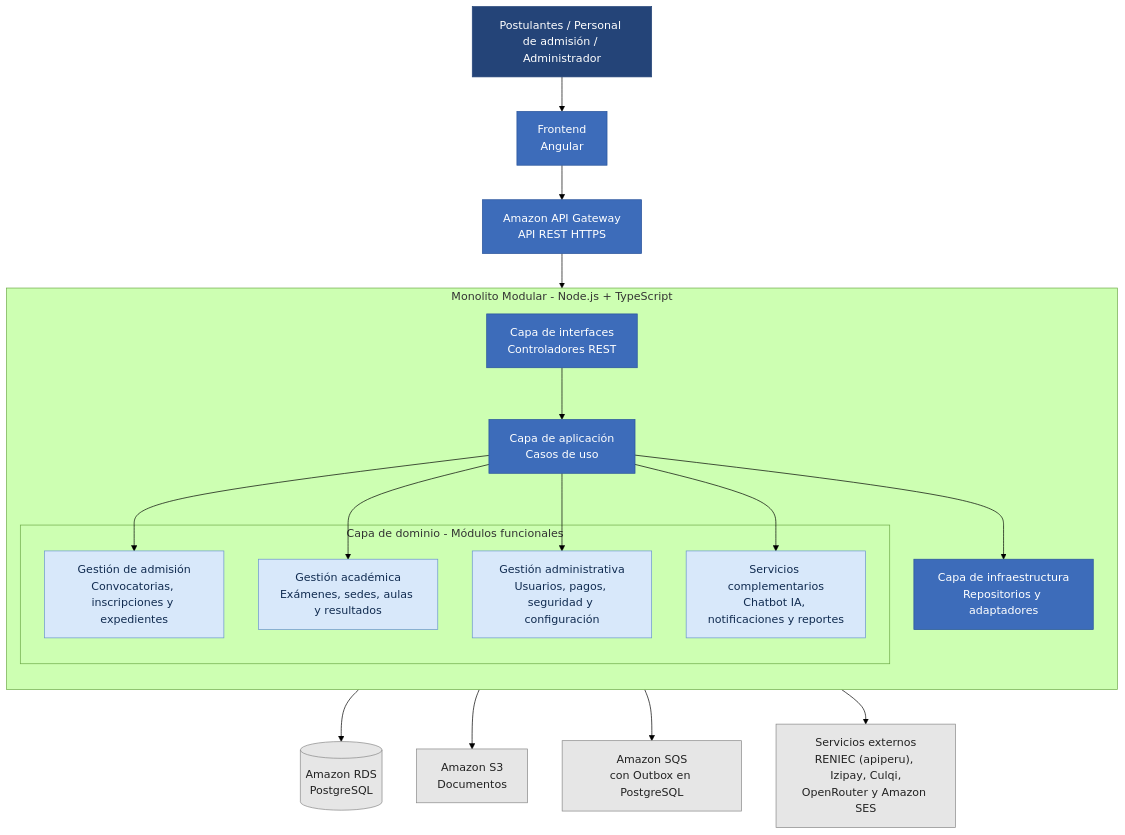
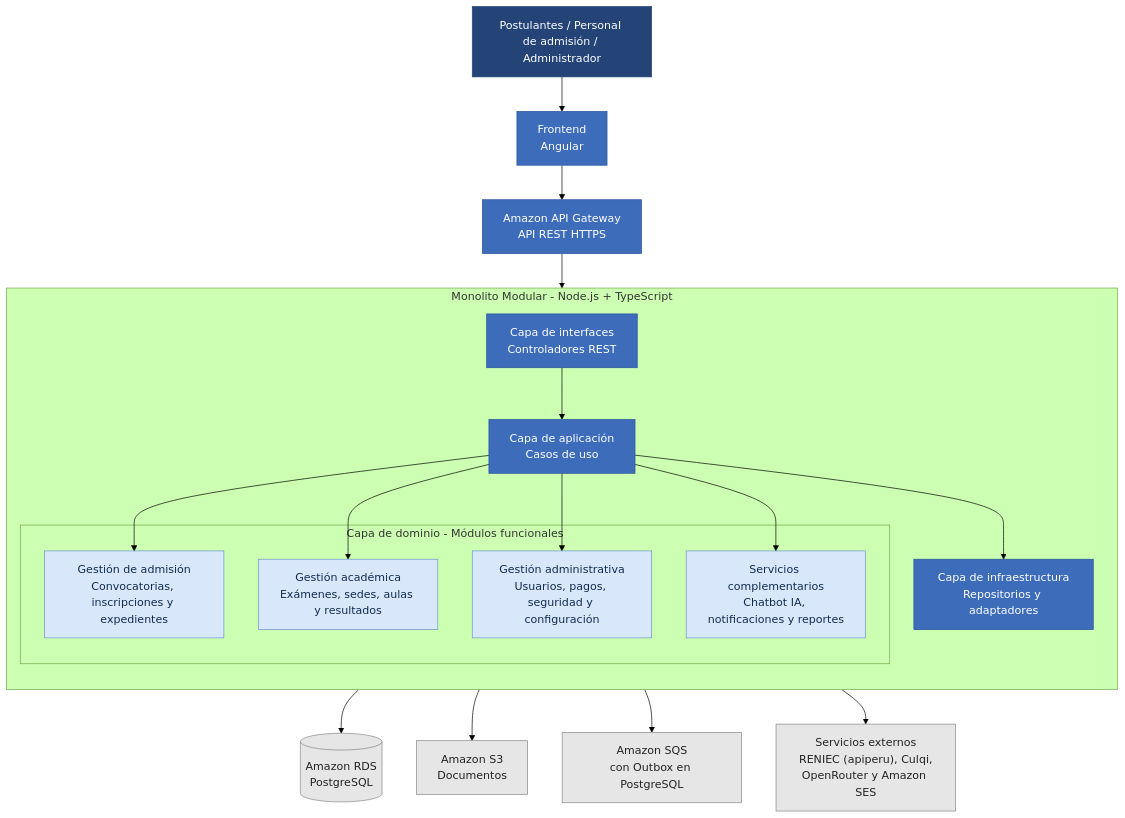
The diagram in docs/02-arquitectura-de-software/09-componentes-arquitectonicos.md (DiegoCoras06/sia-unsch-admision), drawn with Mermaid (forest theme) before and after one commit. The commit also changed other lines of this file and 66 other files, not shown here.

````diff
--- a/docs/02-arquitectura-de-software/09-componentes-arquitectonicos.md
+++ b/docs/02-arquitectura-de-software/09-componentes-arquitectonicos.md
@@ -14,59 +14,59 @@
 ```mermaid
 flowchart TB
     U["Postulantes / Personal de admisión / Administrador"]
 
     FE["Frontend<br/>Angular"]
 
     API["Amazon API Gateway<br/>API REST HTTPS"]
 
     subgraph BACKEND["Monolito Modular - Node.js + TypeScript"]
         direction TB
 
         CTRL["Capa de interfaces<br/>Controladores REST"]
 
         APP["Capa de aplicación<br/>Casos de uso"]
 
         subgraph MODULOS["Capa de dominio - Módulos funcionales"]
             M1["Gestión de admisión<br/>Convocatorias, inscripciones y expedientes"]
             M2["Gestión académica<br/>Exámenes, sedes, aulas y resultados"]
             M3["Gestión administrativa<br/>Usuarios, pagos, seguridad y configuración"]
             M4["Servicios complementarios<br/>Chatbot IA, notificaciones y reportes"]
         end
 
         INFRA["Capa de infraestructura<br/>Repositorios y adaptadores"]
 
         CTRL --> APP
 
         APP --> M1
         APP --> M2
         APP --> M3
         APP --> M4
 
         APP --> INFRA
     end
 
     DB[("Amazon RDS<br/>PostgreSQL")]
     S3["Amazon S3<br/>Documentos"]
     OUTBOX["Amazon SQS<br/>con Outbox en PostgreSQL"]
 
-    EXT["Servicios externos<br/>RENIEC (apiperu), Izipay, Culqi,<br/>OpenRouter y Amazon SES"]
+    EXT["Servicios externos<br/>RENIEC (apiperu), Culqi,<br/>OpenRouter y Amazon SES"]
 
     U --> FE
     FE --> API
     API --> CTRL
 
     INFRA --> DB
     INFRA --> S3
     INFRA --> OUTBOX
     INFRA --> EXT
 
     classDef user fill:#244478,color:#fff,stroke:#244478
     classDef main fill:#3d6cba,color:#fff,stroke:#28539b
     classDef module fill:#d8e8fa,color:#102b50,stroke:#6a95cc
     classDef external fill:#e6e6e6,color:#222,stroke:#888
 
     class U user
     class FE,API,CTRL,APP,INFRA main
     class M1,M2,M3,M4 module
     class DB,S3,OUTBOX,EXT external
 ```
````
